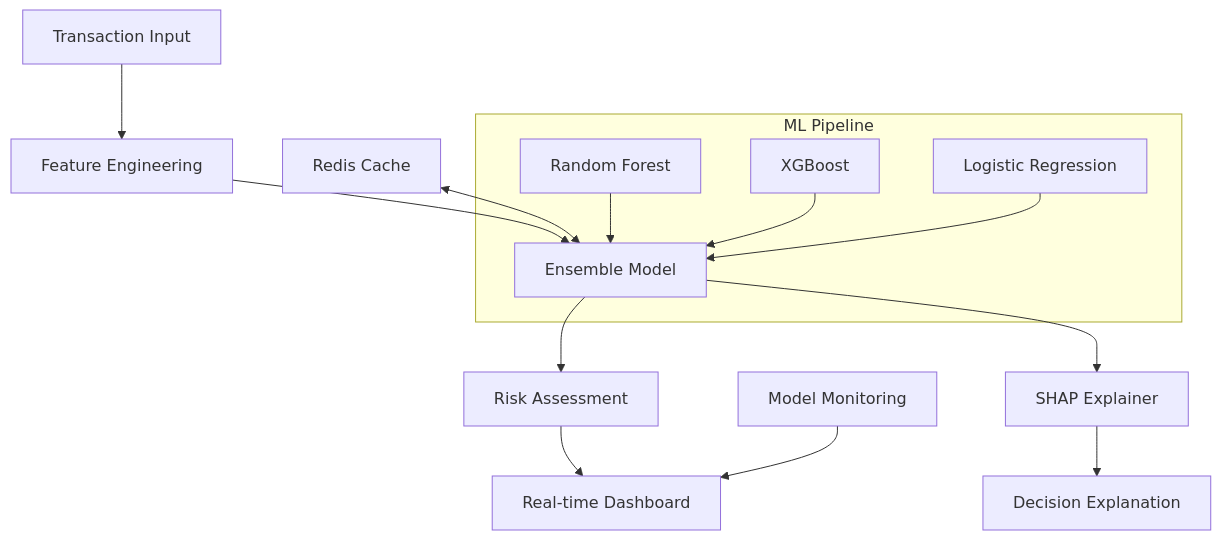
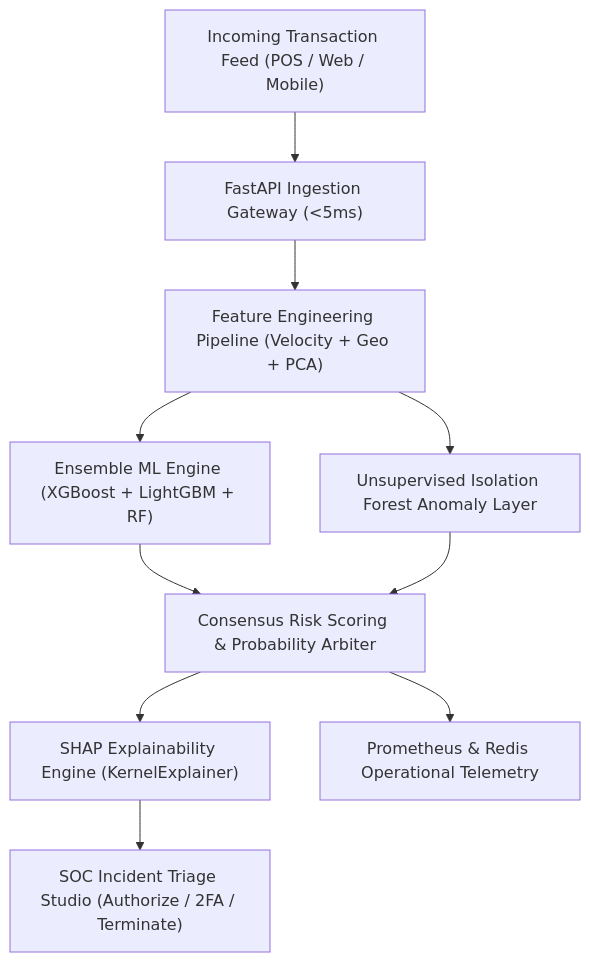
One commit to UMARMUKTHAR03/fraud-detection-system changed the diagram in README.md. Above: the diagram before and after it, drawn with Mermaid. The commit also changed other lines of this file, not shown here.

Commit message:
docs: modernize master README with live badges, preview, and architecture

````diff
--- a/README.md
+++ b/README.md
@@ -37,19 +40,12 @@
 ```mermaid
-graph TB
-    A[Transaction Input] --> B[Feature Engineering]
-    B --> C[Ensemble Model]
-    C --> D[Risk Assessment]
-    D --> E[Real-time Dashboard]
-    
-    C --> F[SHAP Explainer]
-    F --> G[Decision Explanation]
-    
-    H[Redis Cache] <--> C
-    I[Model Monitoring] --> E
-    
-    subgraph "ML Pipeline"
-        J[Random Forest] --> C
-        K[XGBoost] --> C
-        L[Logistic Regression] --> C
-    end
+graph TD
+    A["Incoming Transaction Feed (POS / Web / Mobile)"] --> B["FastAPI Ingestion Gateway (<5ms)"]
+    B --> C["Feature Engineering Pipeline (Velocity + Geo + PCA)"]
+    C --> D["Ensemble ML Engine (XGBoost + LightGBM + RF)"]
+    C --> E["Unsupervised Isolation Forest Anomaly Layer"]
+    D --> F["Consensus Risk Scoring & Probability Arbiter"]
+    E --> F
+    F --> G["SHAP Explainability Engine (KernelExplainer)"]
+    G --> H["SOC Incident Triage Studio (Authorize / 2FA / Terminate)"]
+    F --> I["Prometheus & Redis Operational Telemetry"]
 ```
````
